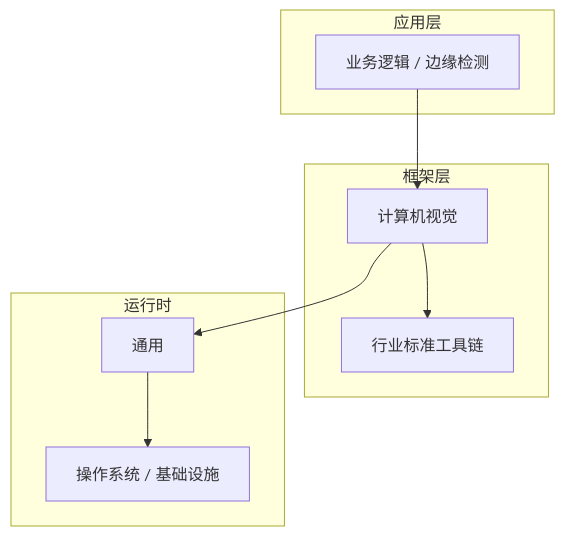
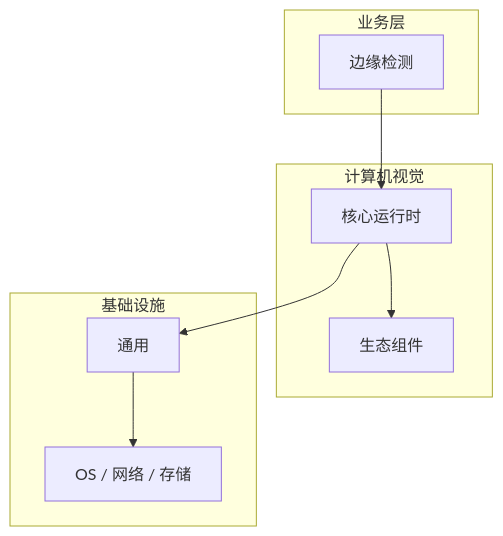
One commit to yanggan2015/knowledge-json-v2 changed the diagram in articles/计算机视觉/chapters/019-边缘检测核心概念与原理.md. Above: the diagram before and after it, drawn with Mermaid. The commit also changed other lines of this file and 10127 other files, not shown here.

````diff
--- a/articles/计算机视觉/chapters/019-边缘检测核心概念与原理.md
+++ b/articles/计算机视觉/chapters/019-边缘检测核心概念与原理.md
@@ -45,18 +30,18 @@
 ```mermaid
 graph TB
-    subgraph 应用层
-        A[业务逻辑 / 边缘检测]
+    subgraph 业务层
+        A[边缘检测]
     end
-    subgraph 框架层
-        B[计算机视觉]
-        C[行业标准工具链]
+    subgraph 计算机视觉
+        B[核心运行时]
+        C[生态组件]
     end
-    subgraph 运行时
+    subgraph 基础设施
         D[通用]
-        E[操作系统 / 基础设施]
+        E[OS / 网络 / 存储]
     end
     A --> B
     B --> C
     B --> D
     D --> E
 ```
````
